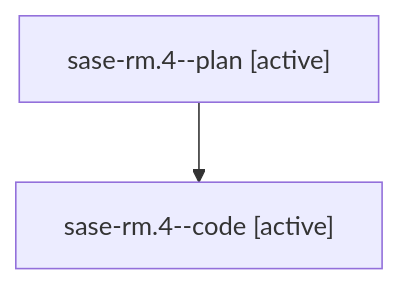
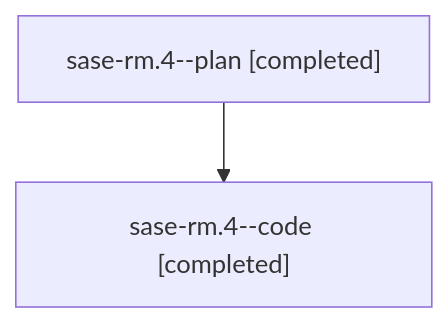
One commit to sase-org/sase--agents changed the diagram in families/bbugyi200.athena.sase-rm.4.md. Above: the diagram before and after it, drawn with Mermaid. The commit also changed other lines of this file and 87 other files, not shown here.

````diff
--- a/families/bbugyi200.athena.sase-rm.4.md
+++ b/families/bbugyi200.athena.sase-rm.4.md
@@ -9,6 +9,6 @@
 ```mermaid
 flowchart TD
-  n0["sase-rm.4--plan [active]"]
-  n1["sase-rm.4--code [active]"]
+  n0["sase-rm.4--plan [completed]"]
+  n1["sase-rm.4--code [completed]"]
   n0 --> n1
 ```
````
